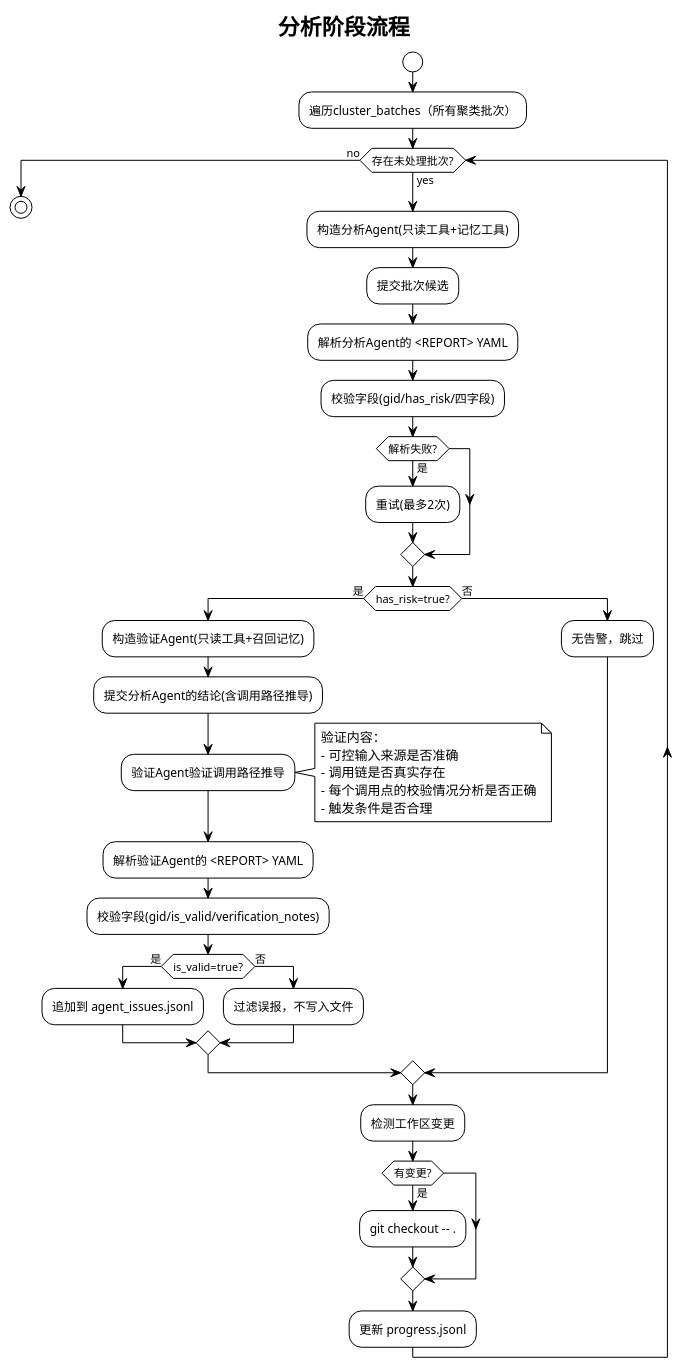
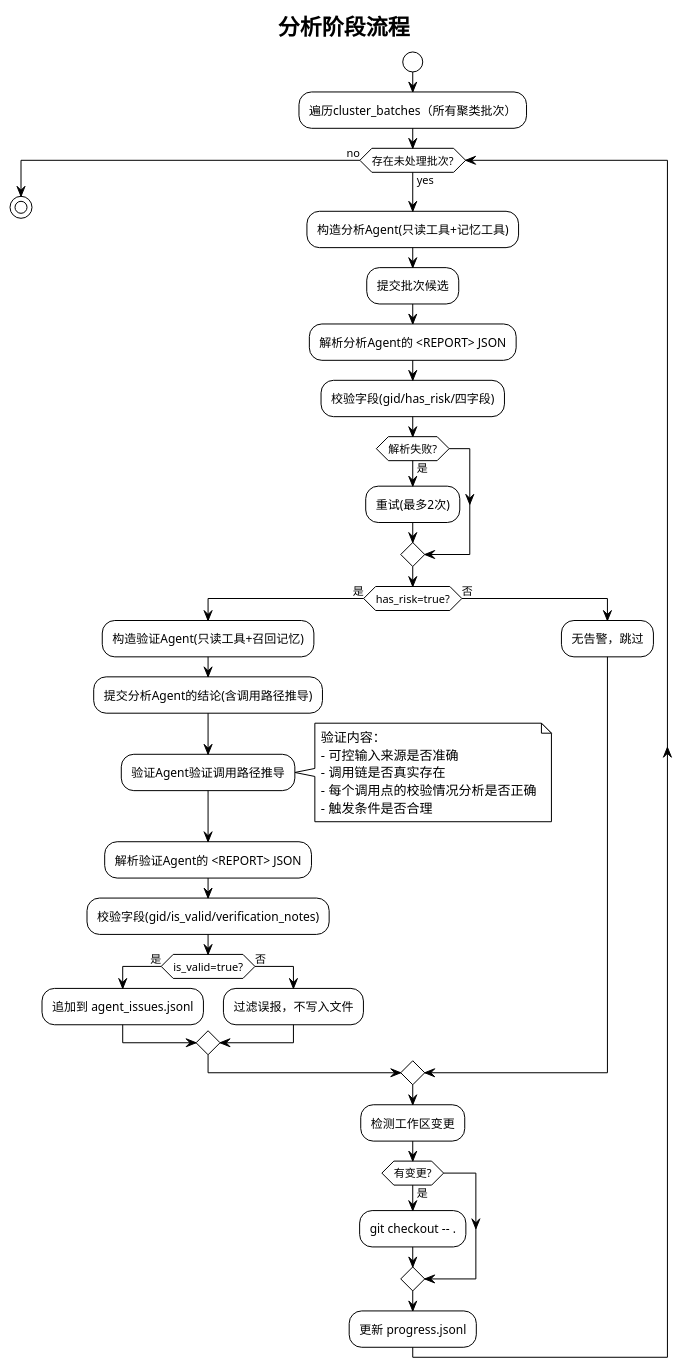
Diagram 38 of 60 in 技术报告.md (skyfireitdiy/Jarvis), drawn with PlantUML before and after one commit. The commit also changed other lines of this file, not shown here.

````diff
--- a/技术报告.md
+++ b/技术报告.md
@@ -3444,45 +3452,45 @@
 ```plantuml
 @startuml
 !theme plain
 title 分析阶段流程
 
 start
 :遍历cluster_batches（所有聚类批次）;
 while (存在未处理批次?) is (yes)
   :构造分析Agent(只读工具+记忆工具);
   :提交批次候选;
-  :解析分析Agent的 <REPORT> YAML;
+  :解析分析Agent的 <REPORT> JSON;
   :校验字段(gid/has_risk/四字段);
   if (解析失败?) then (是)
     :重试(最多2次);
   endif
   if (has_risk=true?) then (是)
     :构造验证Agent(只读工具+召回记忆);
     :提交分析Agent的结论(含调用路径推导);
     :验证Agent验证调用路径推导;
     note right
       验证内容：
       - 可控输入来源是否准确
       - 调用链是否真实存在
       - 每个调用点的校验情况分析是否正确
       - 触发条件是否合理
     end note
-    :解析验证Agent的 <REPORT> YAML;
+    :解析验证Agent的 <REPORT> JSON;
     :校验字段(gid/is_valid/verification_notes);
     if (is_valid=true?) then (是)
       :追加到 agent_issues.jsonl;
     else (否)
       :过滤误报，不写入文件;
     endif
   else (否)
     :无告警，跳过;
   endif
   :检测工作区变更;
   if (有变更?) then (是)
     :git checkout -- .;
   endif
   :更新 progress.jsonl;
 endwhile (no)
 stop
 @enduml
 ```
````
